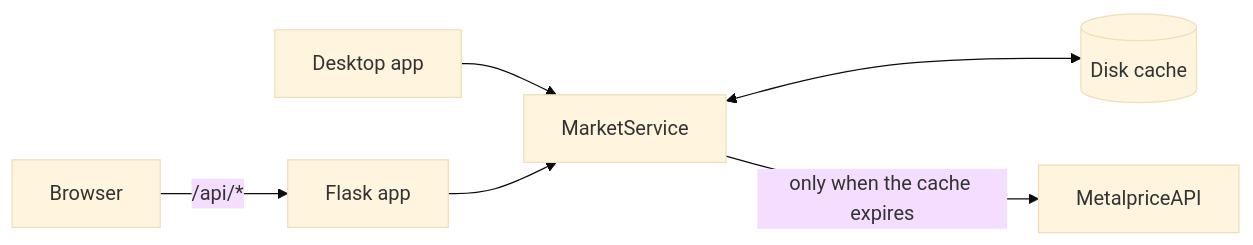
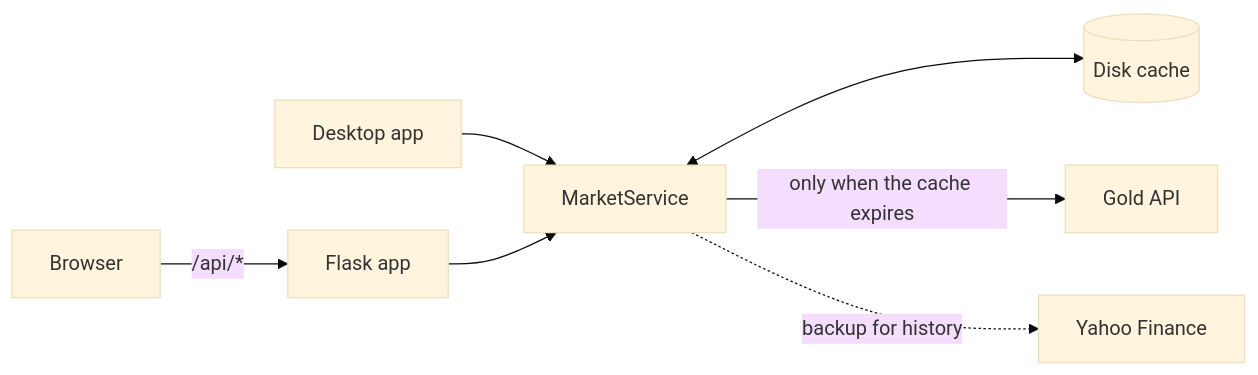
Before and after one commit to chak1234/gold-silver-ratio-website: the diagram in README.md, drawn with Mermaid (base theme). The commit also changed other lines of this file and 11 other files, not shown here.

First line of the commit message:
Switch live prices to Gold API

````diff
--- a/README.md
+++ b/README.md
@@ -46,8 +46,9 @@
 ```mermaid
 flowchart LR
     Browser -->|/api/*| Flask[Flask app]
     Desktop[Desktop app] --> Service
     Flask --> Service[MarketService]
     Service <--> Cache[(Disk cache)]
-    Service -->|only when the cache expires| Provider[MetalpriceAPI]
+    Service -->|only when the cache expires| Provider[Gold API]
+    Service -.->|backup for history| Backup[Yahoo Finance]
 ```
````
